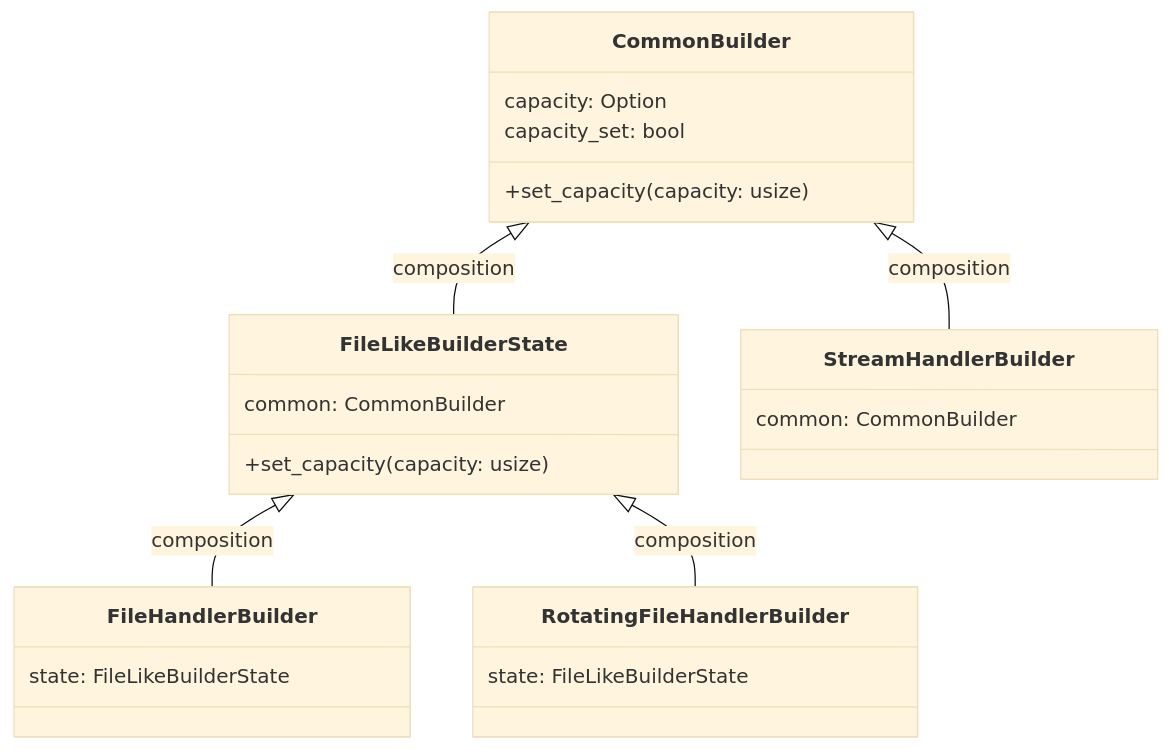
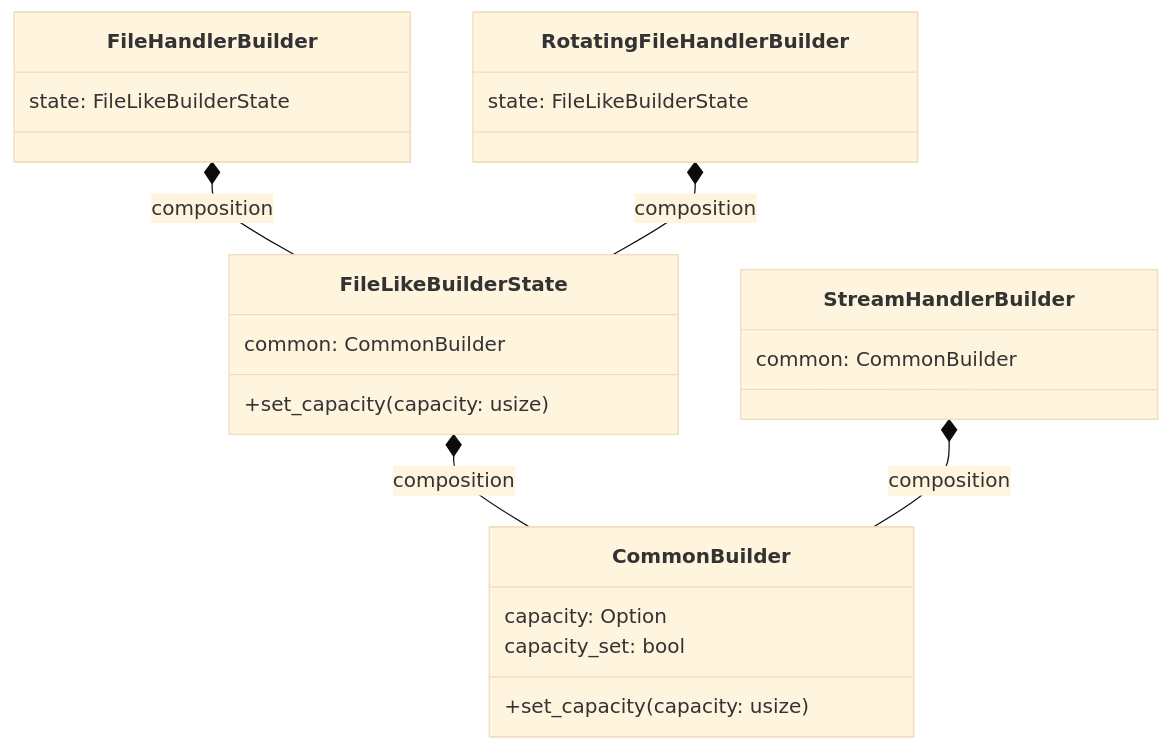
One commit to leynos/femtologging changed the diagram in docs/rust-extension.md. Above: the diagram before and after it, drawn with Mermaid (base theme).

Commit message:
Fix builder composition arrows

````diff
--- a/docs/rust-extension.md
+++ b/docs/rust-extension.md
@@ -30,25 +30,25 @@
 ```mermaid
 classDiagram
     class CommonBuilder {
         +set_capacity(capacity: usize)
         capacity: Option<NonZeroUsize>
         capacity_set: bool
     }
     class FileLikeBuilderState {
         +set_capacity(capacity: usize)
         common: CommonBuilder
     }
     class FileHandlerBuilder {
         state: FileLikeBuilderState
     }
     class StreamHandlerBuilder {
         common: CommonBuilder
     }
     class RotatingFileHandlerBuilder {
         state: FileLikeBuilderState
     }
-    CommonBuilder <|-- FileLikeBuilderState : composition
-    FileLikeBuilderState <|-- FileHandlerBuilder : composition
-    FileLikeBuilderState <|-- RotatingFileHandlerBuilder : composition
-    CommonBuilder <|-- StreamHandlerBuilder : composition
+    FileLikeBuilderState *-- CommonBuilder : composition
+    FileHandlerBuilder *-- FileLikeBuilderState : composition
+    RotatingFileHandlerBuilder *-- FileLikeBuilderState : composition
+    StreamHandlerBuilder *-- CommonBuilder : composition
 ```
````
